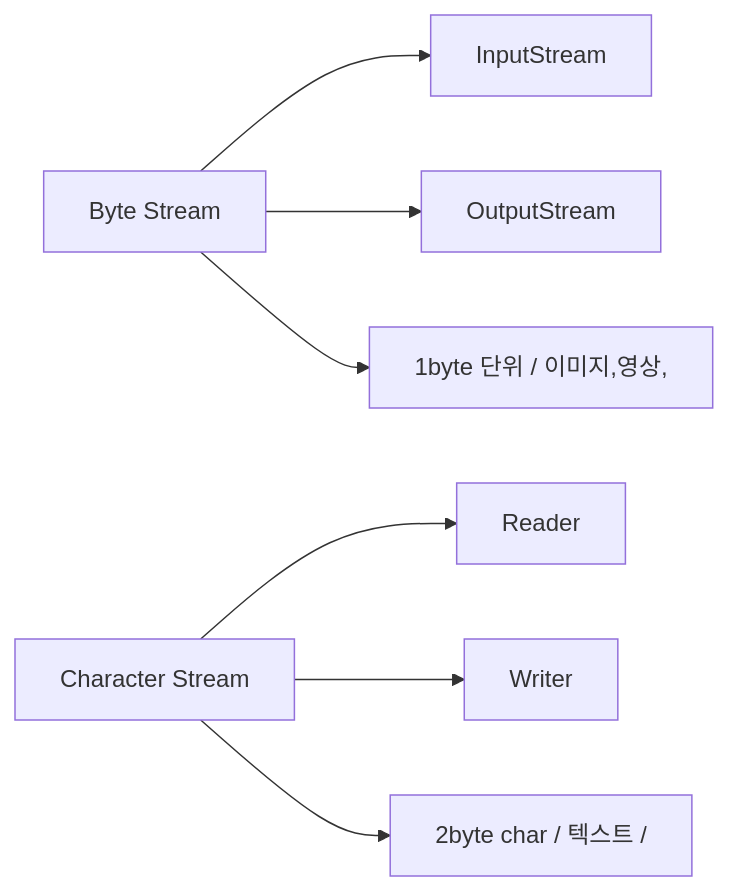
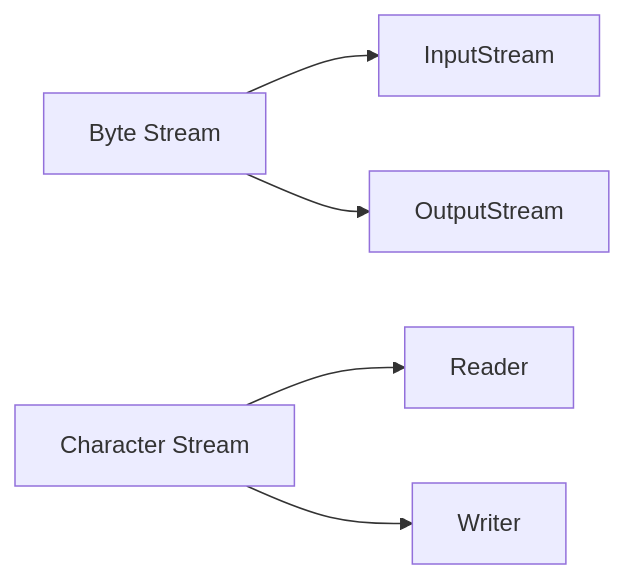
Before and after one commit to yjkim2015/yjkim2015.github.io: the second of 11 diagrams in _posts/java/2026-05-01-java-io.md, drawn with Mermaid. The commit also changed other lines of this file and 163 other files, not shown here.

First line of the commit message:
Mermaid 300개 블록 내용 축소: 5노드 5엣지 이하, 의미 있는 약어

````diff
--- a/_posts/java/2026-05-01-java-io.md
+++ b/_posts/java/2026-05-01-java-io.md
@@ -42,7 +42,5 @@
 ```mermaid
 graph LR
     BS["Byte Stream"] --> IS["InputStream"] & OS["OutputStream"]
-    BS --> B1["1byte 단위 / 이미지,영상,"]
     CS["Character Stream"] --> R["Reader"] & W["Writer"]
-    CS --> C1["2byte char / 텍스트 /"]
 ```
````
